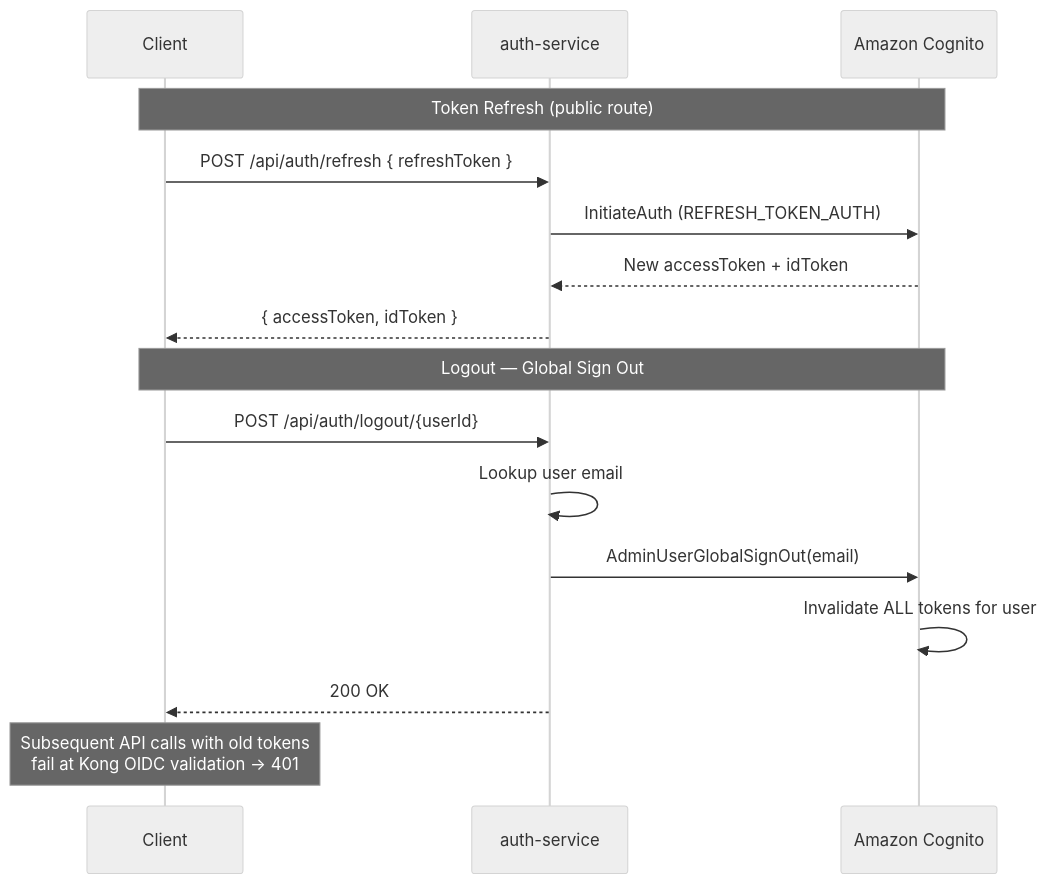
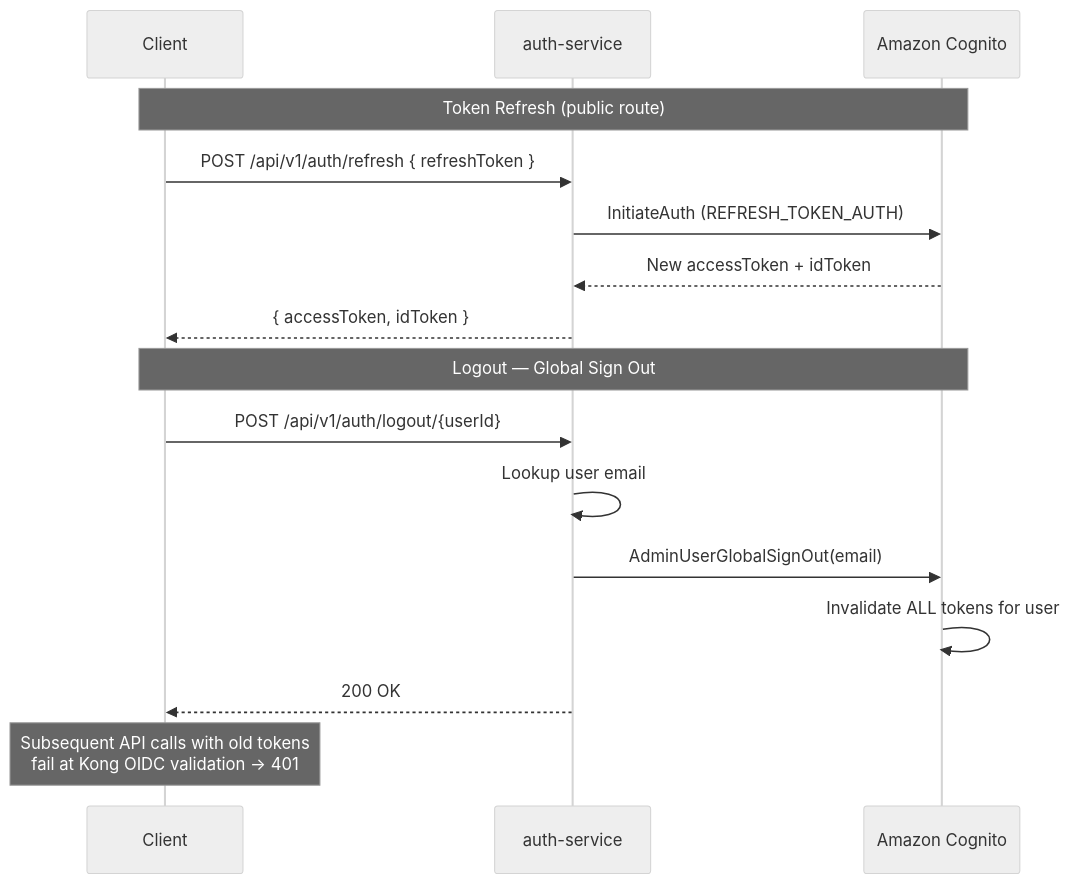
Before and after one commit to shanaka-versent/munchgo-aws-iac: diagram 12 of 20 in README.md, drawn with Mermaid (neutral theme). The commit also changed other lines of this file, not shown here.

First line of the commit message:
Update README — fix API paths, add sagas route, reflect automation

````diff
--- a/README.md
+++ b/README.md
@@ -641,20 +643,20 @@
 ```mermaid
 sequenceDiagram
     participant C as Client
     participant Auth as auth-service
     participant Cognito as Amazon Cognito
 
     Note over C,Cognito: Token Refresh (public route)
-    C->>Auth: POST /api/auth/refresh { refreshToken }
+    C->>Auth: POST /api/v1/auth/refresh { refreshToken }
     Auth->>Cognito: InitiateAuth (REFRESH_TOKEN_AUTH)
     Cognito-->>Auth: New accessToken + idToken
     Auth-->>C: { accessToken, idToken }
 
     Note over C,Cognito: Logout — Global Sign Out
-    C->>Auth: POST /api/auth/logout/{userId}
+    C->>Auth: POST /api/v1/auth/logout/{userId}
     Auth->>Auth: Lookup user email
     Auth->>Cognito: AdminUserGlobalSignOut(email)
     Cognito->>Cognito: Invalidate ALL tokens for user
     Auth-->>C: 200 OK
     Note over C: Subsequent API calls with old tokens<br/>fail at Kong OIDC validation → 401
 ```
````
